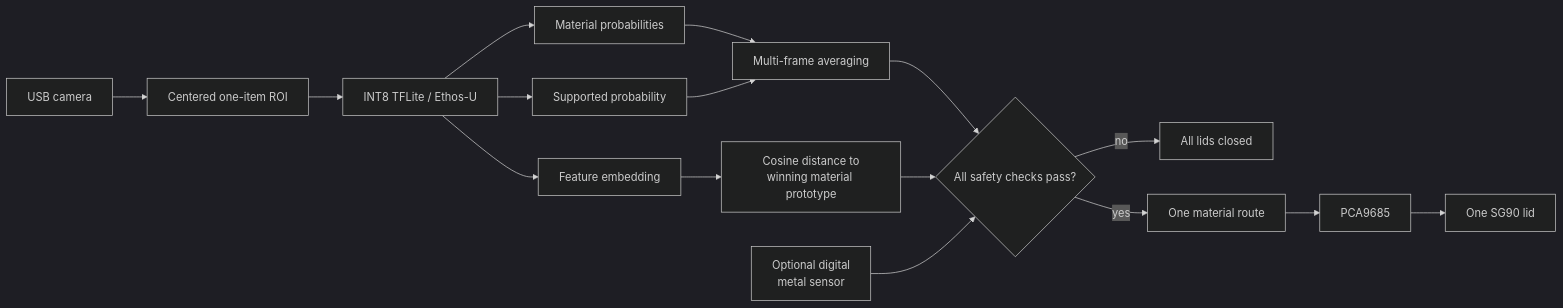
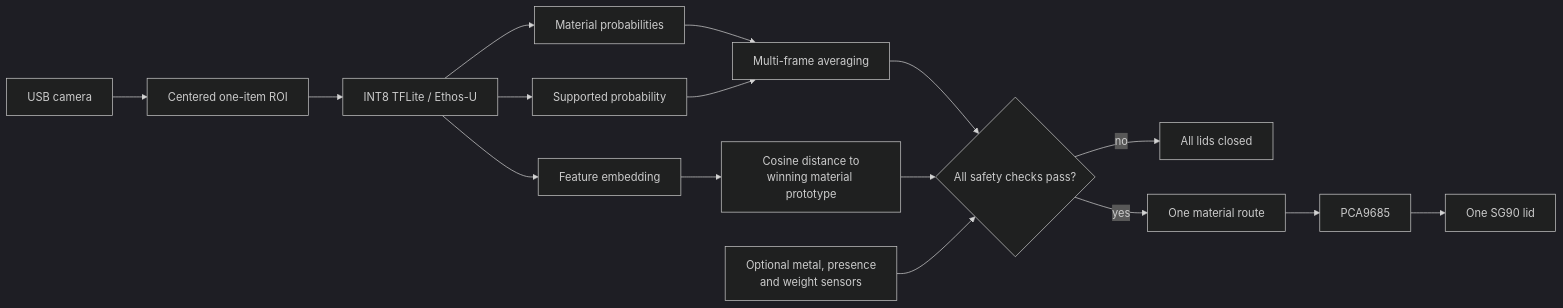
One commit to Chris-lab-lab/ecosort-ai changed the second of 2 diagrams in AI_ARCHITECTURE.md. Above: the diagram before and after it, drawn with Mermaid (dark theme). The commit also changed other lines of this file and 27 other files, not shown here.

````diff
--- a/AI_ARCHITECTURE.md
+++ b/AI_ARCHITECTURE.md
@@ -30,18 +32,18 @@
 ```mermaid
 flowchart LR
     CAM[USB camera] --> ROI[Centered one-item ROI]
     ROI --> INT8[INT8 TFLite / Ethos-U]
     INT8 --> MAT[Material probabilities]
     INT8 --> VAL[Supported probability]
     INT8 --> EMB[Feature embedding]
     MAT --> AVG[Multi-frame averaging]
     VAL --> AVG
     EMB --> DIST[Cosine distance to<br/>winning material prototype]
     AVG --> GATE{All safety checks pass?}
     DIST --> GATE
-    SENSOR[Optional digital<br/>metal sensor] --> GATE
+    SENSOR[Optional metal, presence<br/>and weight sensors] --> GATE
     GATE -->|no| CLOSED[All lids closed]
     GATE -->|yes| ROUTE[One material route]
     ROUTE --> PCA[PCA9685]
     PCA --> LID[One SG90 lid]
 ```
````
